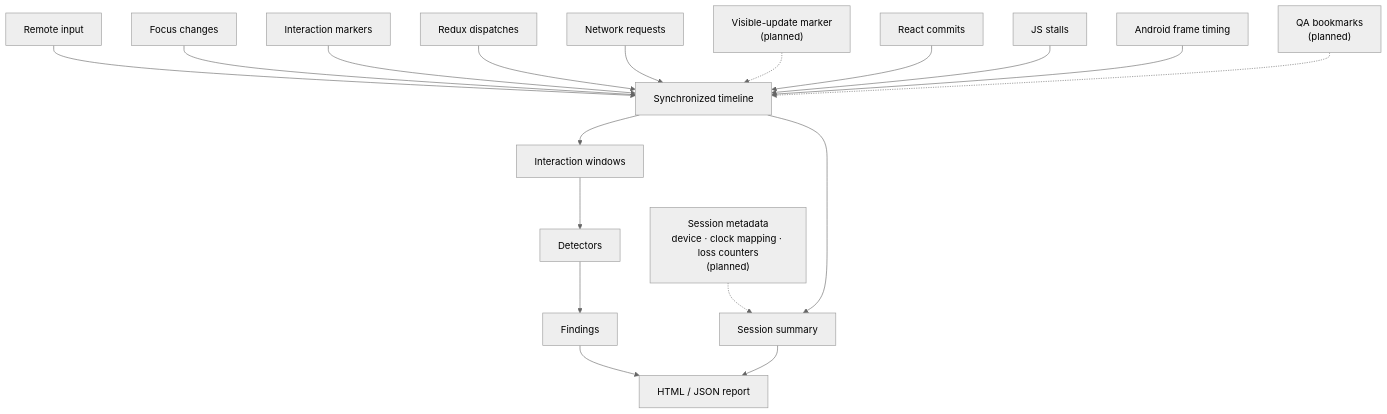
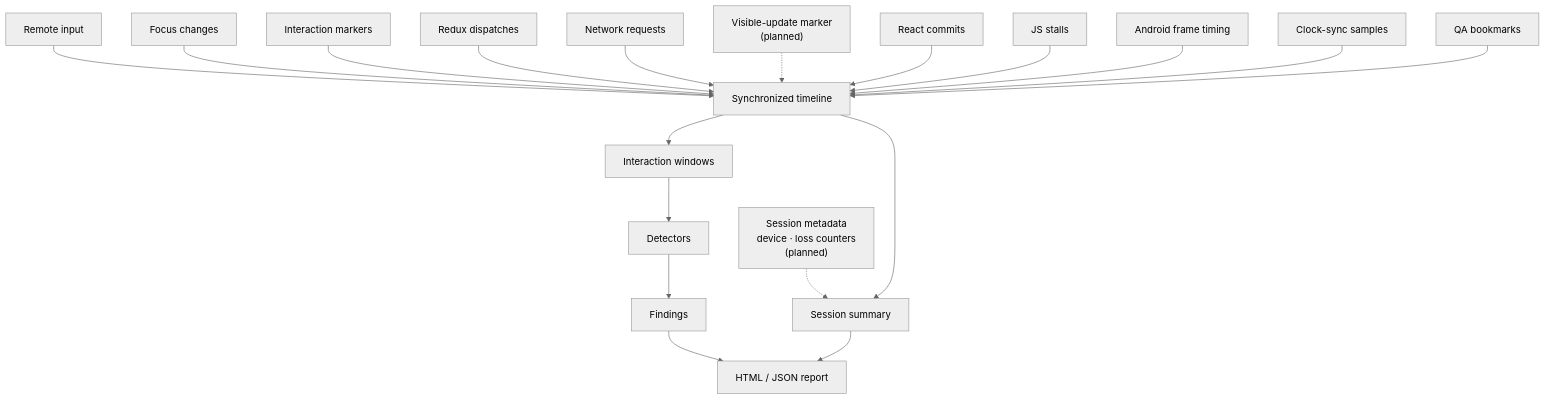
One commit to undrafted/rn-android-tv-session-telemetry changed the diagram in diagrams/signals.mmd. Above: the diagram before and after it, drawn with Mermaid. The commit also changed 4 other files, not shown here.

```diff
--- a/diagrams/signals.mmd
+++ b/diagrams/signals.mmd
@@ -1,20 +1,21 @@
 %%{init: {"theme": "neutral"}}%%
 flowchart TD
     RemoteInput["Remote input"] --> Timeline["Synchronized timeline"]
     Focus["Focus changes"] --> Timeline
     InteractionMarker["Interaction markers"] --> Timeline
     Redux["Redux dispatches"] --> Timeline
     Network["Network requests"] --> Timeline
     VisibleUpdate["Visible-update marker<br/>(planned)"] -.-> Timeline
     ReactCommit["React commits"] --> Timeline
     JSStall["JS stalls"] --> Timeline
     FrameTiming["Android frame timing"] --> Timeline
-    Bookmarks["QA bookmarks<br/>(planned)"] -.-> Timeline
-    SessionMeta["Session metadata<br/>device · clock mapping · loss counters<br/>(planned)"] -.-> Summary
+    ClockSync["Clock-sync samples"] --> Timeline
+    Bookmarks["QA bookmarks"] --> Timeline
+    SessionMeta["Session metadata<br/>device · loss counters<br/>(planned)"] -.-> Summary
 
     Timeline --> Windows["Interaction windows"]
     Timeline --> Summary["Session summary"]
     Windows --> Detectors["Detectors"]
     Detectors --> Findings["Findings"]
     Findings --> ReportOut["HTML / JSON report"]
     Summary --> ReportOut
```
